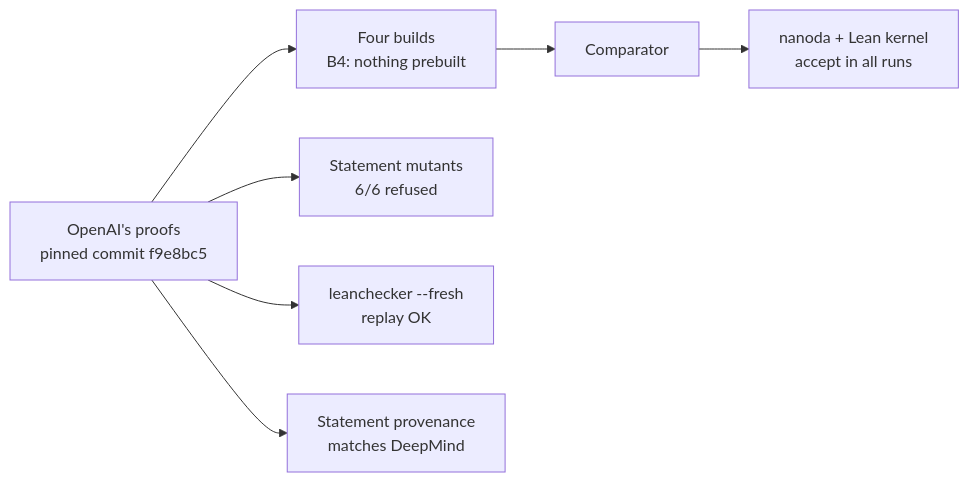
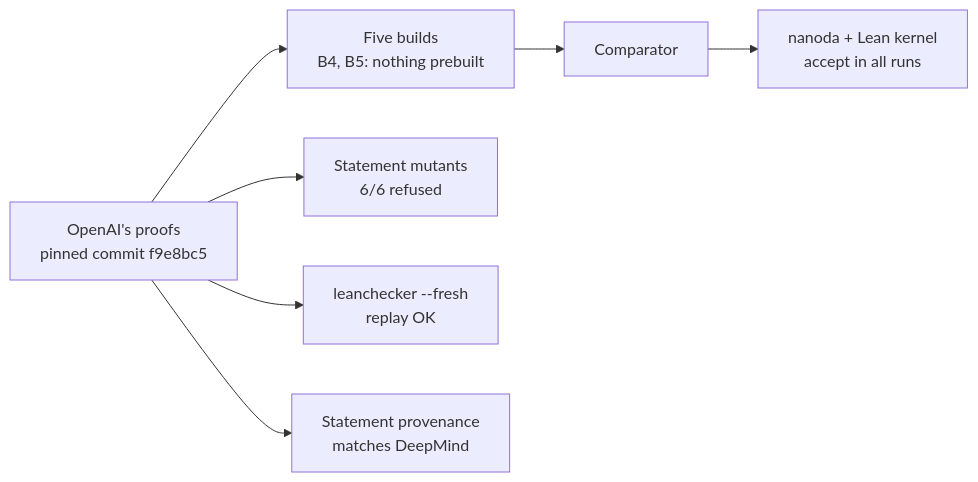
One commit to criguex/scientific-qa-evidence changed the diagram in README.md. Above: the diagram before and after it, drawn with Mermaid. The commit also changed other lines of this file and 23 other files, not shown here.

````diff
--- a/README.md
+++ b/README.md
@@ -68,9 +68,9 @@
 ```mermaid
 flowchart LR
-    A[OpenAI's proofs<br/>pinned commit f9e8bc5] --> B[Four builds<br/>B4: nothing prebuilt]
+    A[OpenAI's proofs<br/>pinned commit f9e8bc5] --> B[Five builds<br/>B4, B5: nothing prebuilt]
     B --> C[Comparator]
     C --> D[nanoda + Lean kernel<br/>accept in all runs]
     A --> E[Statement mutants<br/>6/6 refused]
     A --> F[leanchecker --fresh<br/>replay OK]
     A --> G[Statement provenance<br/>matches DeepMind]
 ```
````
